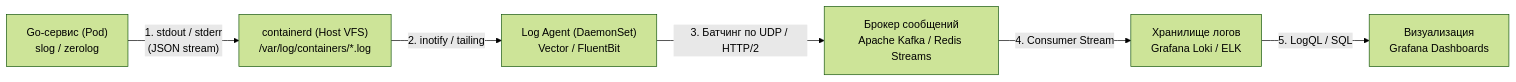
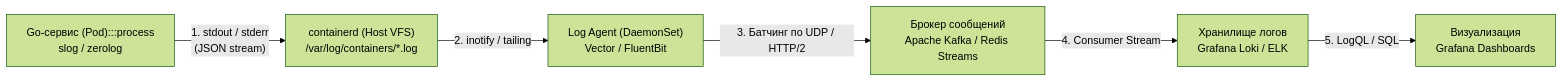
The diagram in sources/14. Распределенные системы на Go/08. Практика/5. Логирование в распределенных системах.md (UnrealTemplier/go-textbook), drawn with Mermaid (forest theme) before and after one commit. The commit also changed 1666 other files, not shown here.

First line of the commit message:
feat(mermaid): add semantic color classDef to 1369 colorless flowchart/graph diagrams

````diff
--- a/sources/14. Распределенные системы на Go/08. Практика/5. Логирование в распределенных системах.md
+++ b/sources/14. Распределенные системы на Go/08. Практика/5. Логирование в распределенных системах.md
@@ -130,8 +130,18 @@
 ```mermaid
 flowchart LR
-    GoApp["Go-сервис (Pod)\nslog / zerolog"] -->|"1. stdout / stderr\n(JSON stream)"| CRI["containerd (Host VFS)\n/var/log/containers/*.log"]
+    classDef process  fill:#1e293b,stroke:#38bdf8,stroke-width:1px,color:#f8fafc
+    classDef success  fill:#064e3b,stroke:#34d399,stroke-width:1px,color:#f8fafc
+    classDef error    fill:#7f1d1d,stroke:#f87171,stroke-width:1px,color:#f8fafc
+    classDef warning  fill:#78350f,stroke:#fbbf24,stroke-width:1px,color:#f8fafc
+    classDef entry    fill:#1e3a5f,stroke:#38bdf8,stroke-width:2px,color:#f8fafc
+    classDef aux      fill:#334155,stroke:#64748b,stroke-width:1px,color:#f8fafc
+    classDef system   fill:#312e81,stroke:#a78bfa,stroke-width:1px,color:#f8fafc
+    classDef data     fill:#132d29,stroke:#2dd4bf,stroke-width:1px,color:#f8fafc
+    classDef network  fill:#881337,stroke:#fb7185,stroke-width:1px,color:#f8fafc
+    classDef accent   fill:#1e1b4b,stroke:#818cf8,stroke-width:1px,color:#f8fafc
+    GoApp["Go-сервис (Pod):::process\nslog / zerolog"] -->|"1. stdout / stderr\n(JSON stream)"| CRI["containerd (Host VFS)\n/var/log/containers/*.log"]
     CRI -->|"2. inotify / tailing"| Agent["Log Agent (DaemonSet)\nVector / FluentBit"]
     Agent -->|"3. Батчинг по UDP / HTTP/2"| Broker["Брокер сообщений\nApache Kafka / Redis Streams"]
     Broker -->|"4. Consumer Stream"| Storage["Хранилище логов\nGrafana Loki / ELK"]
     Storage -->|"5. LogQL / SQL"| UI["Визуализация\nGrafana Dashboards"]
 ```
````
